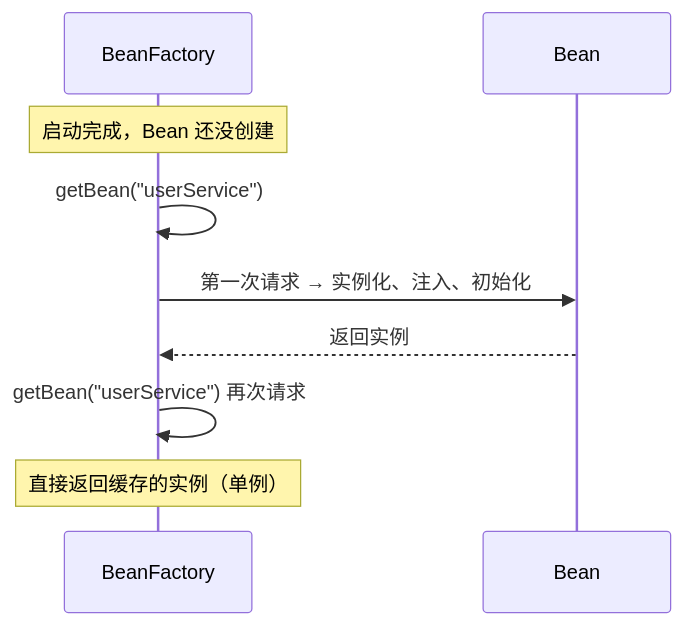
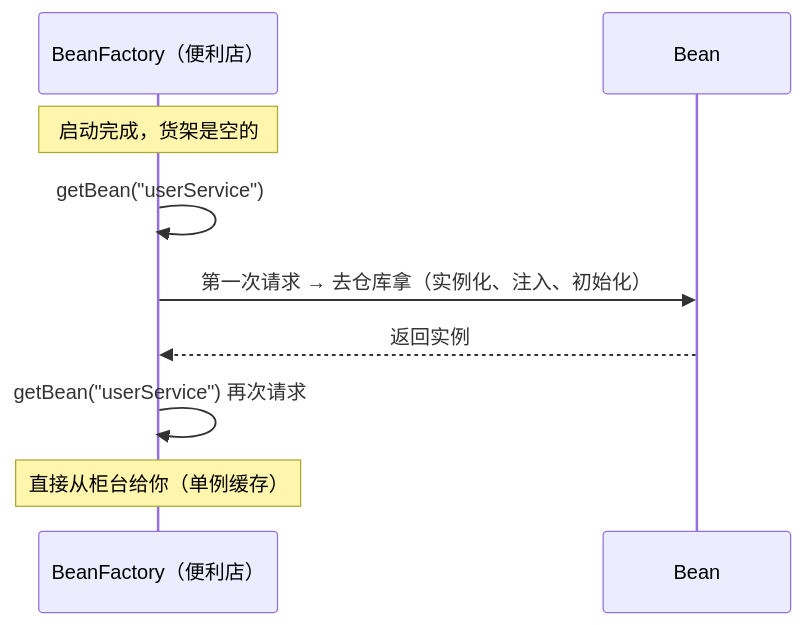
The first of 4 diagrams in docs/01-spring-core/chapter-03-container.md (b1tzer/spring-world), drawn with Mermaid before and after one commit. The commit also changed other lines of this file and 3 other files, not shown here.

````diff
--- a/docs/01-spring-core/chapter-03-container.md
+++ b/docs/01-spring-core/chapter-03-container.md
@@ -31,12 +43,12 @@
 ```mermaid
 sequenceDiagram
-    participant C as BeanFactory
+    participant C as BeanFactory（便利店）
     participant B as Bean
 
-    Note over C: 启动完成，Bean 还没创建
+    Note over C: 启动完成，货架是空的
     C->>C: getBean("userService")
-    C->>B: 第一次请求 → 实例化、注入、初始化
+    C->>B: 第一次请求 → 去仓库拿（实例化、注入、初始化）
     B-->>C: 返回实例
     C->>C: getBean("userService") 再次请求
-    Note over C: 直接返回缓存的实例（单例）
+    Note over C: 直接从柜台给你（单例缓存）
 ```
````
